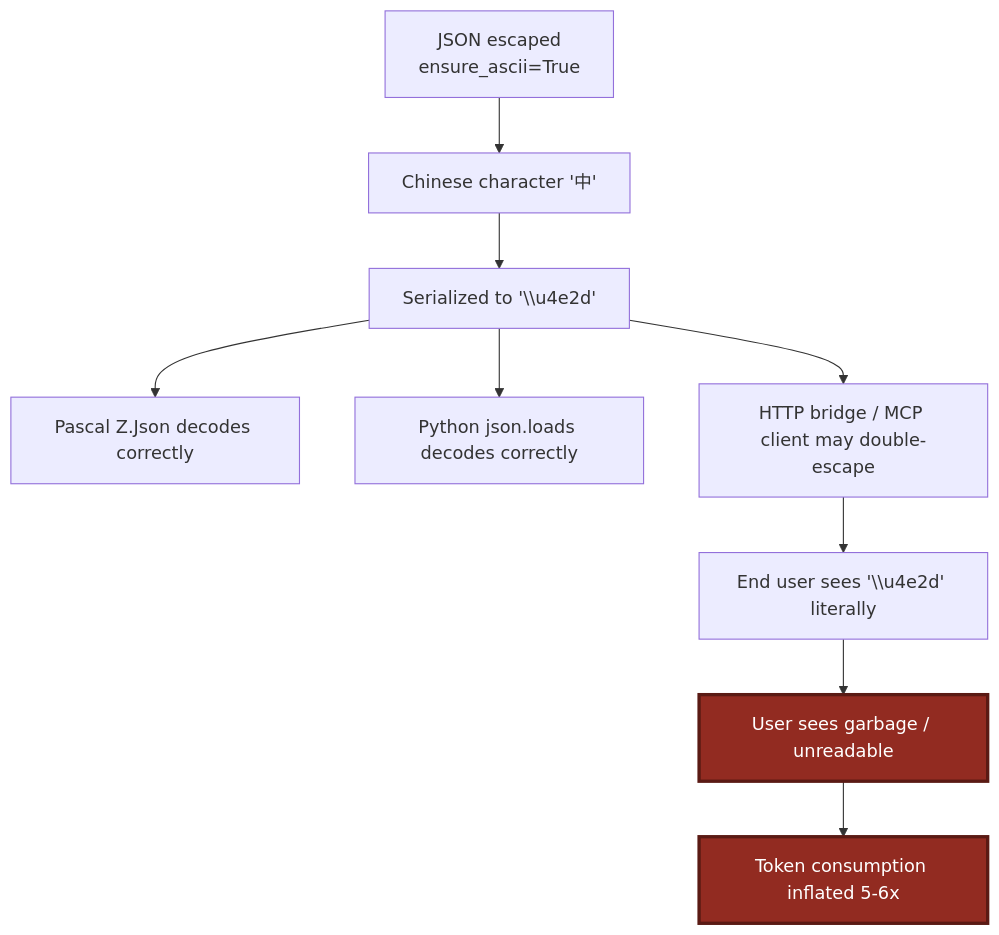
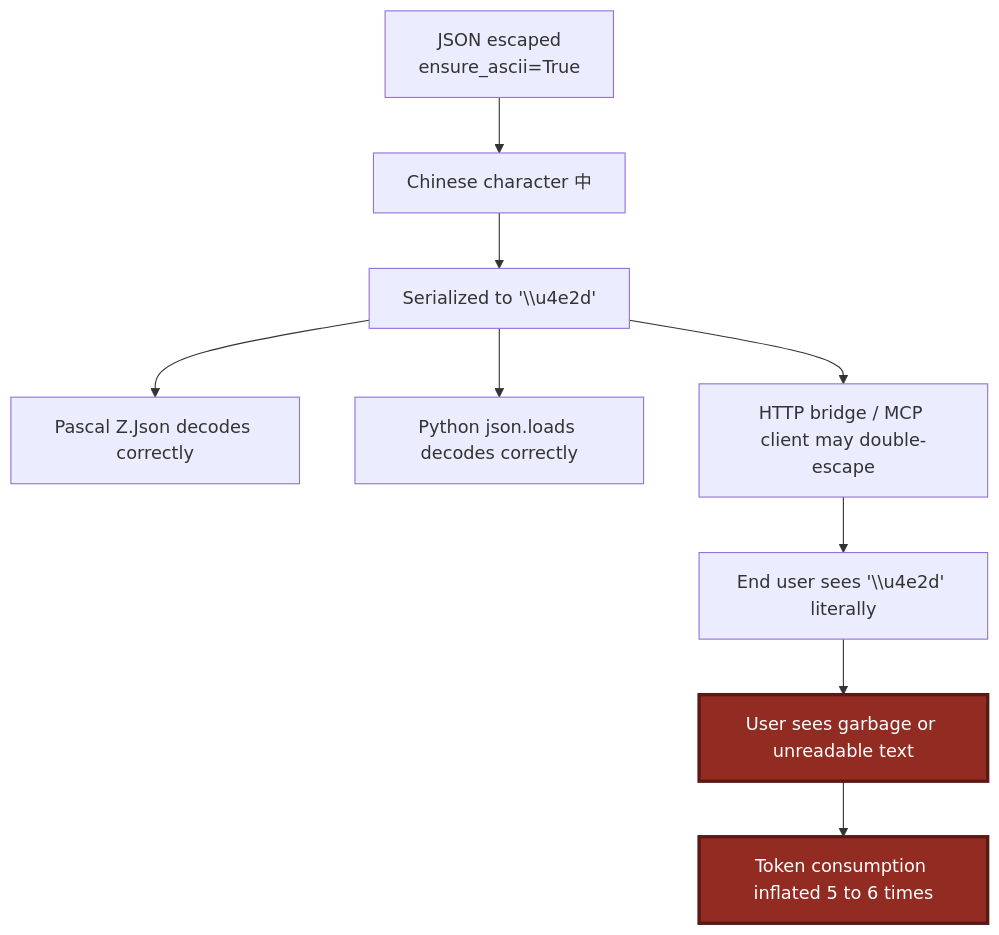
Before and after one commit to PassByYou888/LingoFuse-Tools: the seventh of 13 diagrams in src/pascal_c_to_mcp/MCP_API_Contract.md, drawn with Mermaid. The commit also changed other lines of this file and 35 other files, not shown here.

````diff
--- a/src/pascal_c_to_mcp/MCP_API_Contract.md
+++ b/src/pascal_c_to_mcp/MCP_API_Contract.md
@@ -491,14 +560,14 @@
 ```mermaid
 flowchart TD
-    A["JSON escaped<br/>ensure_ascii=True"] --> B["Chinese character '中'"]
+    A["JSON escaped<br/>ensure_ascii=True"] --> B["Chinese character 中"]
     B --> C["Serialized to '\\u4e2d'"]
     C --> D1["Pascal Z.Json decodes correctly"]
     C --> D2["Python json.loads decodes correctly"]
     C --> D3["HTTP bridge / MCP client may double-escape"]
     D3 --> E["End user sees '\\u4e2d' literally"]
-    E --> F["User sees garbage / unreadable"]
-    F --> G["Token consumption inflated 5-6x"]
+    E --> F["User sees garbage or unreadable text"]
+    F --> G["Token consumption inflated 5 to 6 times"]
 
     style F fill:#922B21,stroke:#5A1A14,stroke-width:3px,color:#FFFFFF
     style G fill:#922B21,stroke:#5A1A14,stroke-width:3px,color:#FFFFFF
 ```
````
